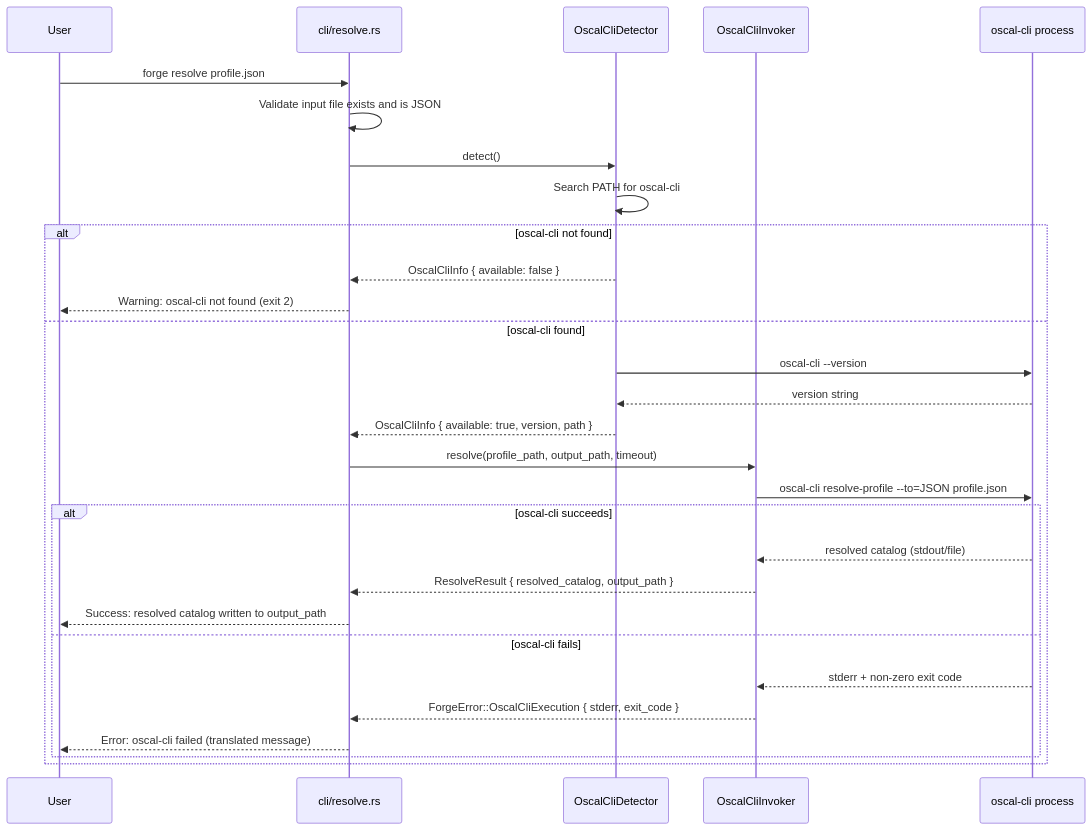
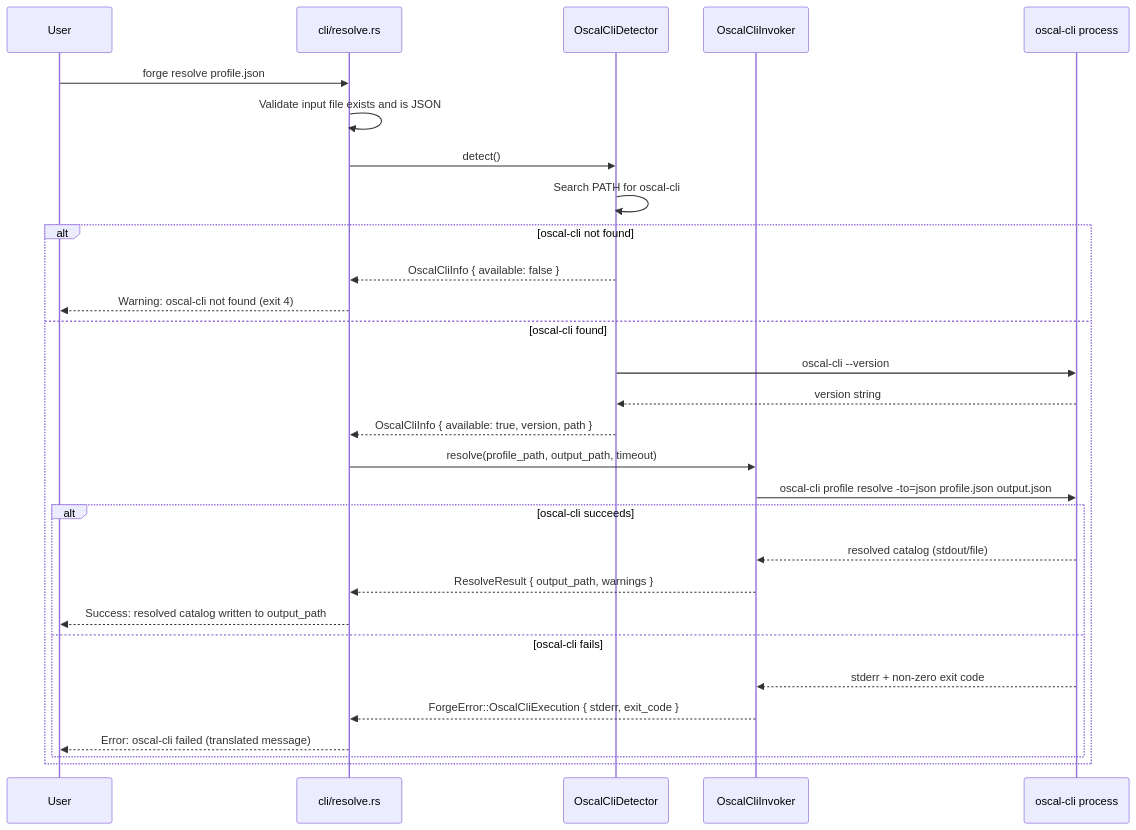
The sixth of 7 diagrams in docs/AR/036-ar-oscal-cli-profile-resolution.md (policy-forge/forge), drawn with Mermaid before and after one commit. The commit also changed other lines of this file and 18 other files, not shown here.

First line of the commit message:
feat: add oscal-cli profile resolution integration (WI-36)

````diff
--- a/docs/AR/036-ar-oscal-cli-profile-resolution.md
+++ b/docs/AR/036-ar-oscal-cli-profile-resolution.md
@@ -312,32 +312,32 @@
 ```mermaid
 sequenceDiagram
     participant U as User
     participant CLI as cli/resolve.rs
     participant Det as OscalCliDetector
     participant Inv as OscalCliInvoker
     participant Proc as oscal-cli process
 
     U->>CLI: forge resolve profile.json
     CLI->>CLI: Validate input file exists and is JSON
     CLI->>Det: detect()
     Det->>Det: Search PATH for oscal-cli
     alt oscal-cli not found
         Det-->>CLI: OscalCliInfo { available: false }
-        CLI-->>U: Warning: oscal-cli not found (exit 2)
+        CLI-->>U: Warning: oscal-cli not found (exit 4)
     else oscal-cli found
         Det->>Proc: oscal-cli --version
         Proc-->>Det: version string
         Det-->>CLI: OscalCliInfo { available: true, version, path }
         CLI->>Inv: resolve(profile_path, output_path, timeout)
-        Inv->>Proc: oscal-cli resolve-profile --to=JSON profile.json
+        Inv->>Proc: oscal-cli profile resolve -to=json profile.json output.json
         alt oscal-cli succeeds
             Proc-->>Inv: resolved catalog (stdout/file)
-            Inv-->>CLI: ResolveResult { resolved_catalog, output_path }
+            Inv-->>CLI: ResolveResult { output_path, warnings }
             CLI-->>U: Success: resolved catalog written to output_path
         else oscal-cli fails
             Proc-->>Inv: stderr + non-zero exit code
             Inv-->>CLI: ForgeError::OscalCliExecution { stderr, exit_code }
             CLI-->>U: Error: oscal-cli failed (translated message)
         end
     end
 ```
````
